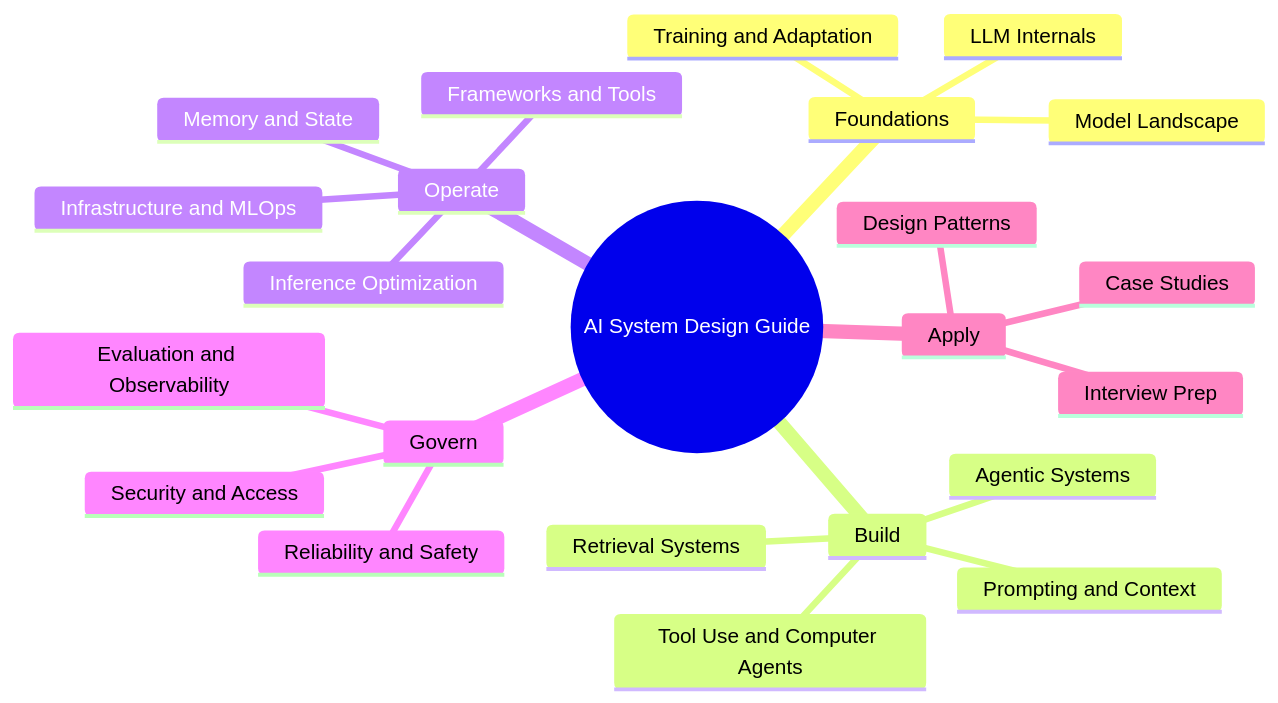
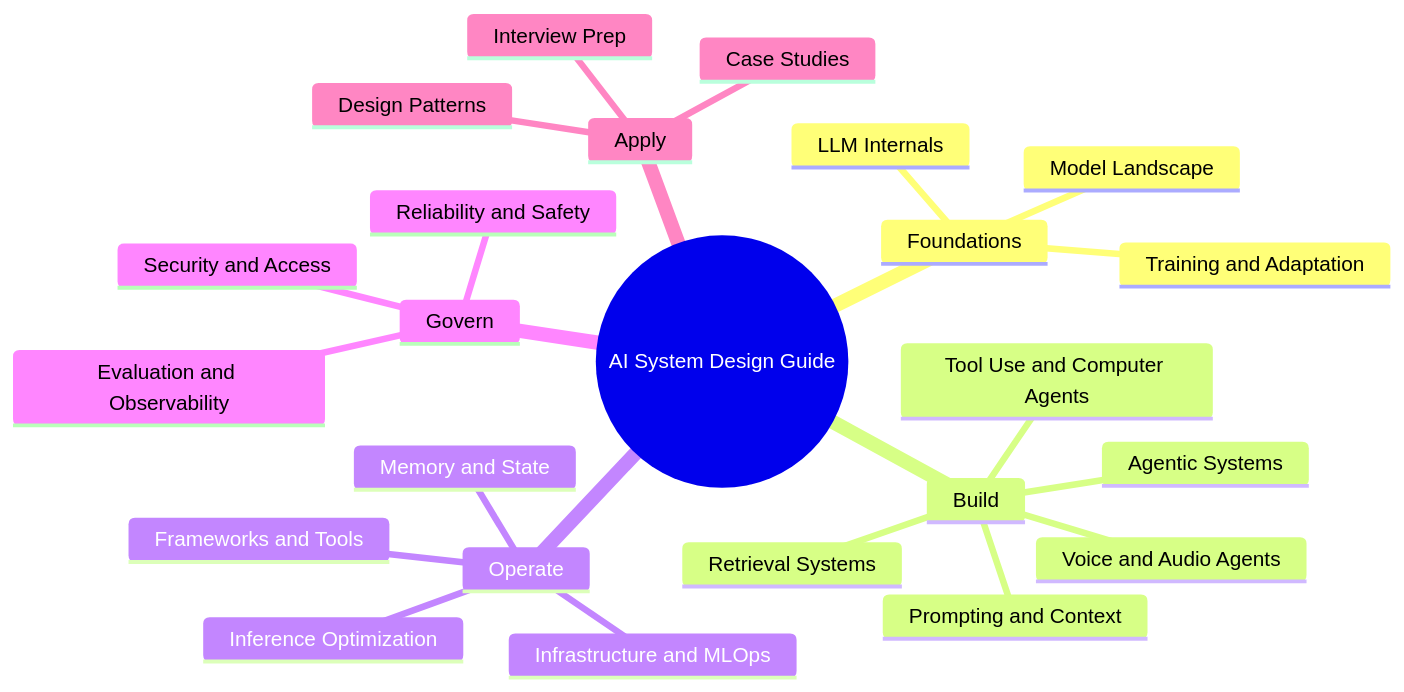
The second of 2 diagrams in README.md (nckhemanth/AI-Engineering), drawn with Mermaid before and after one commit. The commit also changed other lines of this file and 1 other file, not shown here.

````diff
--- a/README.md
+++ b/README.md
@@ -137,26 +142,27 @@
 ```mermaid
 mindmap
   root((AI System Design Guide))
     Foundations
       LLM Internals
       Model Landscape
       Training and Adaptation
     Build
       Prompting and Context
       Retrieval Systems
       Agentic Systems
       Tool Use and Computer Agents
+      Voice and Audio Agents
     Operate
       Inference Optimization
       Memory and State
       Frameworks and Tools
       Infrastructure and MLOps
     Govern
       Security and Access
       Reliability and Safety
       Evaluation and Observability
     Apply
       Design Patterns
       Case Studies
       Interview Prep
 ```
````
